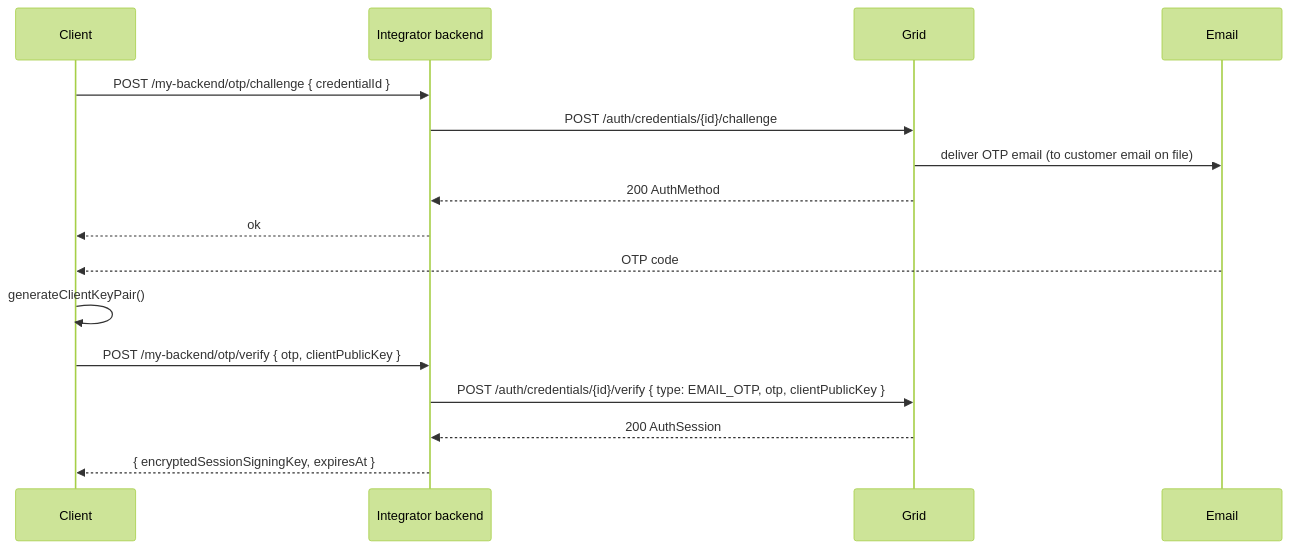
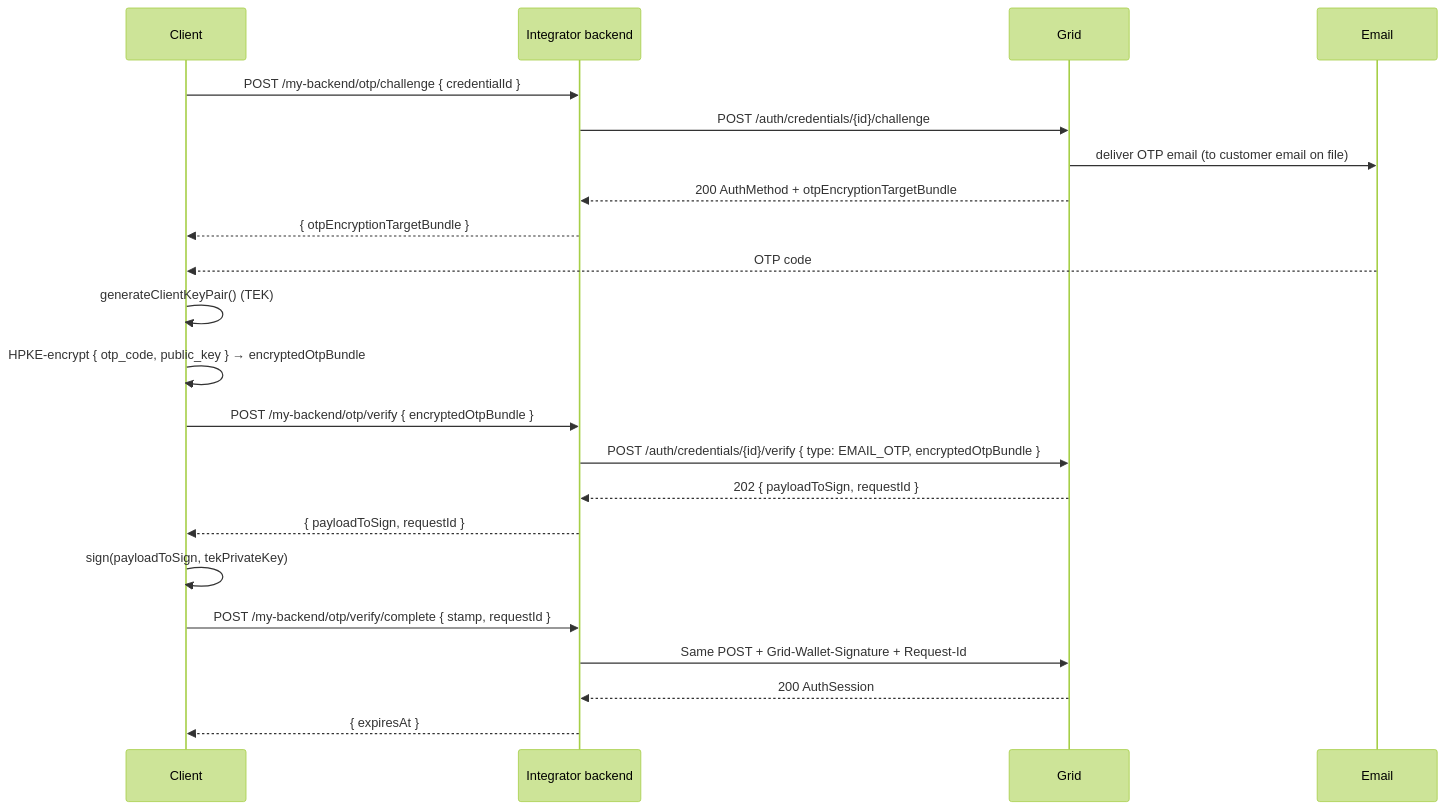
Before and after one commit to lightsparkdev/grid-api: the fourth of 5 diagrams in mintlify/snippets/global-accounts/authentication.mdx, drawn with Mermaid (forest theme). The commit also changed other lines of this file and 4 other files, not shown here.

First line of the commit message:
docs: Update EMAIL_OTP docs to use encrypted OTP flow

````diff
--- a/mintlify/snippets/global-accounts/authentication.mdx
+++ b/mintlify/snippets/global-accounts/authentication.mdx
@@ -474,19 +476,25 @@
 ```mermaid
 sequenceDiagram
   participant C as Client
   participant IB as Integrator backend
   participant G as Grid
   participant E as Email
 
   C->>IB: POST /my-backend/otp/challenge { credentialId }
   IB->>G: POST /auth/credentials/{id}/challenge
   G->>E: deliver OTP email (to customer email on file)
-  G-->>IB: 200 AuthMethod
-  IB-->>C: ok
+  G-->>IB: 200 AuthMethod + otpEncryptionTargetBundle
+  IB-->>C: { otpEncryptionTargetBundle }
   E-->>C: OTP code
-  C->>C: generateClientKeyPair()
-  C->>IB: POST /my-backend/otp/verify { otp, clientPublicKey }
-  IB->>G: POST /auth/credentials/{id}/verify { type: EMAIL_OTP, otp, clientPublicKey }
+  C->>C: generateClientKeyPair() (TEK)
+  C->>C: HPKE-encrypt { otp_code, public_key } → encryptedOtpBundle
+  C->>IB: POST /my-backend/otp/verify { encryptedOtpBundle }
+  IB->>G: POST /auth/credentials/{id}/verify { type: EMAIL_OTP, encryptedOtpBundle }
+  G-->>IB: 202 { payloadToSign, requestId }
+  IB-->>C: { payloadToSign, requestId }
+  C->>C: sign(payloadToSign, tekPrivateKey)
+  C->>IB: POST /my-backend/otp/verify/complete { stamp, requestId }
+  IB->>G: Same POST + Grid-Wallet-Signature + Request-Id
   G-->>IB: 200 AuthSession
-  IB-->>C: { encryptedSessionSigningKey, expiresAt }
+  IB-->>C: { expiresAt }
 ```
````
